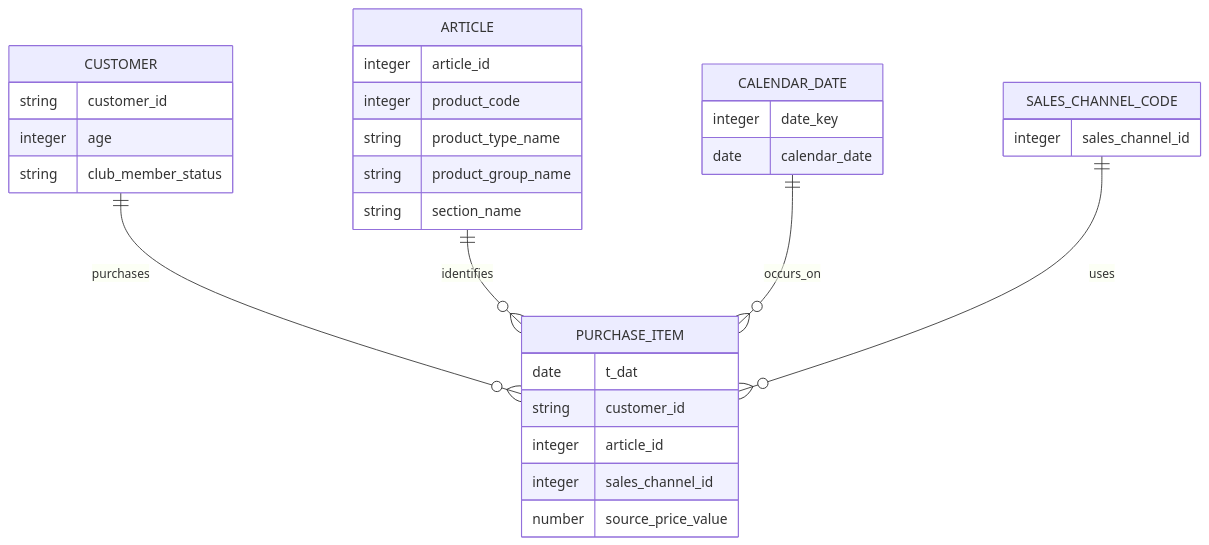
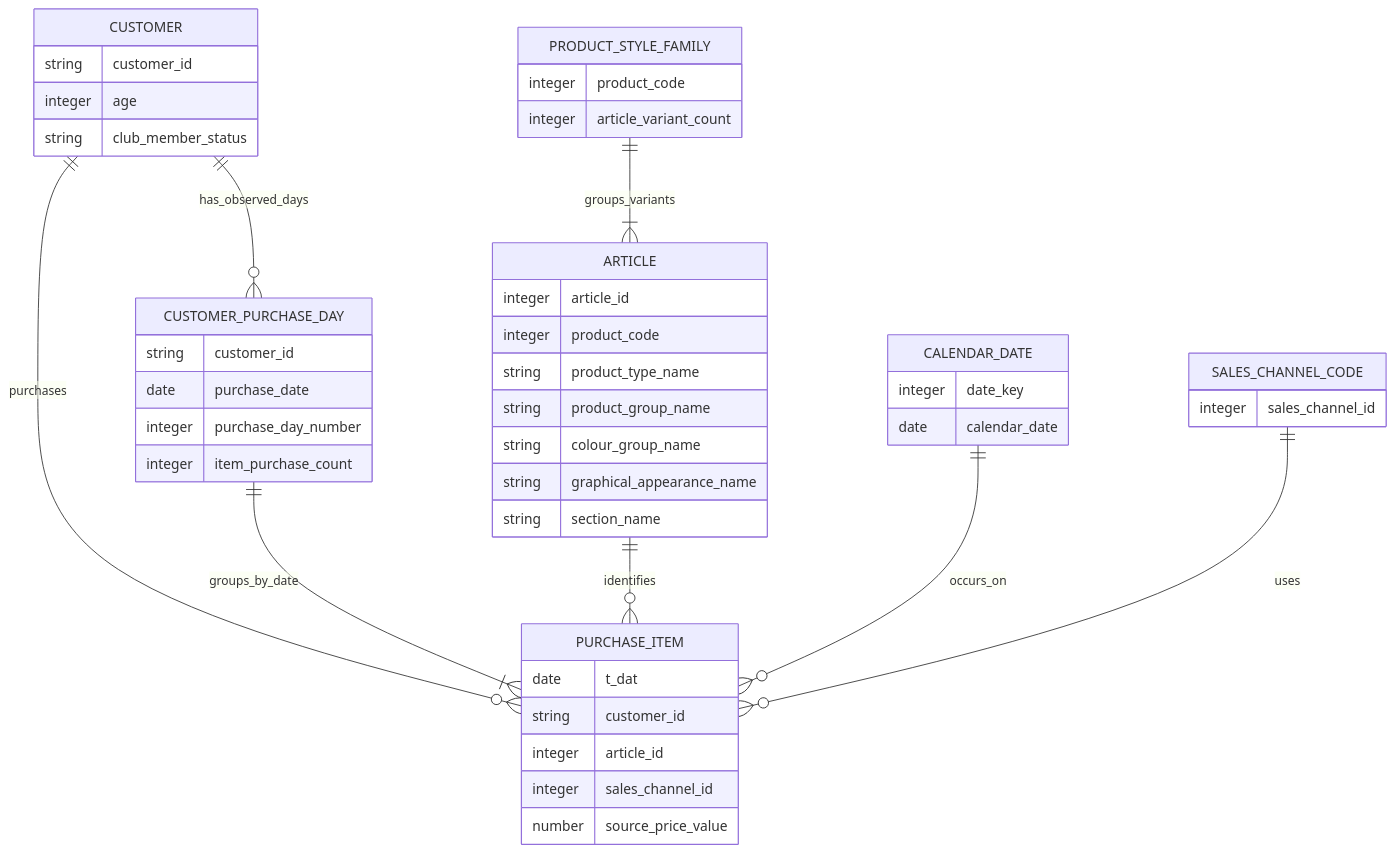
The diagram in docs/04-概念设计.md (SongYunq/industry-data-warehouse), drawn with Mermaid before and after one commit. The commit also changed other lines of this file and 12 other files, not shown here.

````diff
--- a/docs/04-概念设计.md
+++ b/docs/04-概念设计.md
@@ -26,34 +28,49 @@
 ```mermaid
 erDiagram
     CUSTOMER ||--o{ PURCHASE_ITEM : purchases
+    CUSTOMER ||--o{ CUSTOMER_PURCHASE_DAY : has_observed_days
+    CUSTOMER_PURCHASE_DAY ||--|{ PURCHASE_ITEM : groups_by_date
+    PRODUCT_STYLE_FAMILY ||--|{ ARTICLE : groups_variants
     ARTICLE ||--o{ PURCHASE_ITEM : identifies
     CALENDAR_DATE ||--o{ PURCHASE_ITEM : occurs_on
     SALES_CHANNEL_CODE ||--o{ PURCHASE_ITEM : uses
 
     CUSTOMER {
         string customer_id
         integer age
         string club_member_status
     }
     ARTICLE {
         integer article_id
         integer product_code
         string product_type_name
         string product_group_name
+        string colour_group_name
+        string graphical_appearance_name
         string section_name
+    }
+    PRODUCT_STYLE_FAMILY {
+        integer product_code
+        integer article_variant_count
     }
     CALENDAR_DATE {
         integer date_key
         date calendar_date
     }
     SALES_CHANNEL_CODE {
         integer sales_channel_id
     }
     PURCHASE_ITEM {
         date t_dat
         string customer_id
         integer article_id
         integer sales_channel_id
         number source_price_value
     }
+    CUSTOMER_PURCHASE_DAY {
+        string customer_id
+        date purchase_date
+        integer purchase_day_number
+        integer item_purchase_count
+    }
 ```
````
